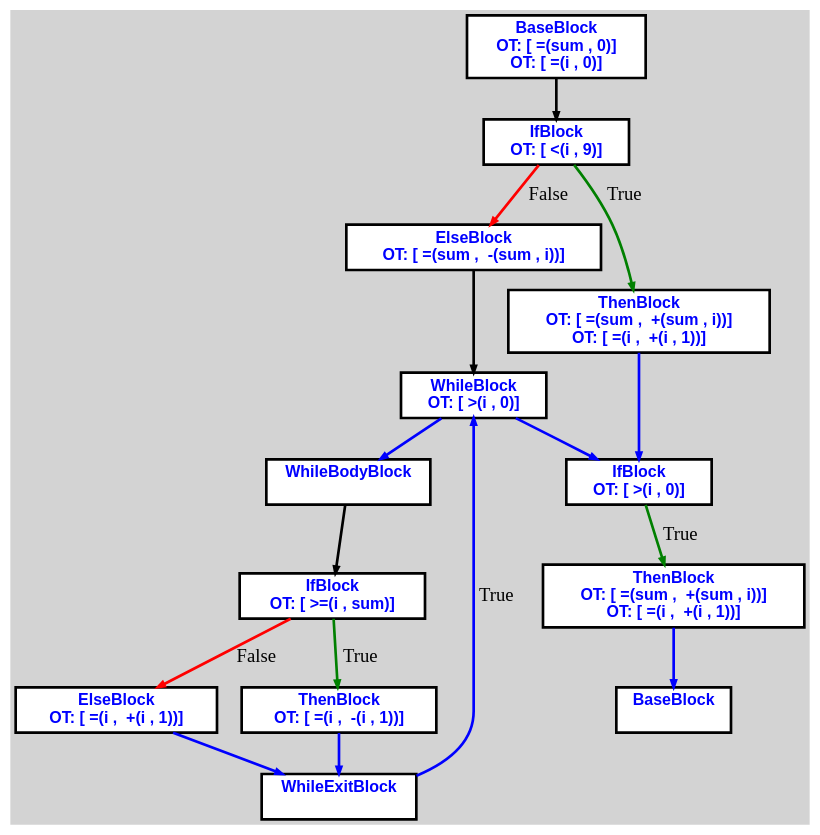
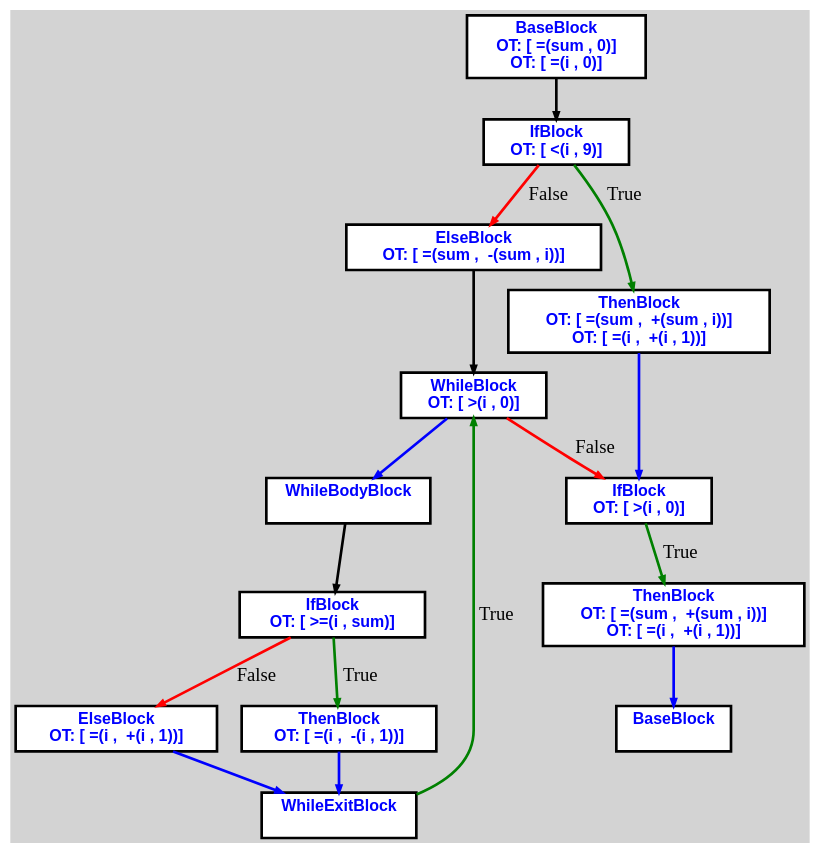
One commit to aveen007/CountingMonkeys changed the diagram in cpoCompilerWin/cfgi0.dot. Above: the diagram before and after it, drawn with Graphviz. The commit also changed 4 other files, not shown here.

```diff
--- a/cpoCompilerWin/cfgi0.dot
+++ b/cpoCompilerWin/cfgi0.dot
@@ -1,48 +1,48 @@
 digraph G {
 ordering=out;
 ranksep=.4;
 bgcolor="lightgrey";  node [shape=box, fixedsize=false, fontsize=12, fontname="Helvetica-bold", fontcolor="blue"
 width=.25, height=.25, color="black", fillcolor="white", style="filled, solid, bold"];
 
-edge [arrowsize=.5, color="black", style="bold"]    n000002A464740DE0 [label="BaseBlock\n OT: [ =(sum , 0)]
+edge [arrowsize=.5, color="black", style="bold"]    n000001F50CCC1070 [label="BaseBlock\n OT: [ =(sum , 0)]
 OT: [ =(i , 0)]
 "]
-    n000002A464740DE0 -> n000002A4647411D0
-    n000002A4647411D0 [label="IfBlock\n OT: [ <(i , 9)]
+    n000001F50CCC1070 -> n000001F50CCC0A50
+    n000001F50CCC0A50 [label="IfBlock\n OT: [ <(i , 9)]
 "]
-    n000002A4647411D0 -> n000002A4647410F0 [label="False" color="red"]
-    n000002A4647410F0 [label="ElseBlock\n OT: [ =(sum ,  -(sum , i))]
+    n000001F50CCC0A50 -> n000001F50CCC0CF0 [label="False" color="red"]
+    n000001F50CCC0CF0 [label="ElseBlock\n OT: [ =(sum ,  -(sum , i))]
 "]
-    n000002A4647410F0 -> n000002A464740830
-    n000002A464740830 [label="WhileBlock\n OT: [ >(i , 0)]
+    n000001F50CCC0CF0 -> n000001F50CCC0C10
+    n000001F50CCC0C10 [label="WhileBlock\n OT: [ >(i , 0)]
 "]
-    n000002A464740830 -> n000002A464740D00 [ color="blue"]
-    n000002A464740D00 [label="WhileBodyBlock\n "]
-    n000002A464740D00 -> n000002A464740F30
-    n000002A464740F30 [label="IfBlock\n OT: [ >=(i , sum)]
+    n000001F50CCC0C10 -> n000001F50CCC1150 [ color="blue"]
+    n000001F50CCC1150 [label="WhileBodyBlock\n "]
+    n000001F50CCC1150 -> n000001F50CCC1540
+    n000001F50CCC1540 [label="IfBlock\n OT: [ >=(i , sum)]
 "]
-    n000002A464740F30 -> n000002A464740BB0 [label="False" color="red"]
-    n000002A464740BB0 [label="ElseBlock\n OT: [ =(i ,  +(i , 1))]
+    n000001F50CCC1540 -> n000001F50CCC1310 [label="False" color="red"]
+    n000001F50CCC1310 [label="ElseBlock\n OT: [ =(i ,  +(i , 1))]
 "]
-    n000002A464740BB0 -> n000002A464741400 [ color="blue"]
-    n000002A464740F30 -> n000002A4647414E0 [label="True" color="green"]
-    n000002A4647414E0 [label="ThenBlock\n OT: [ =(i ,  -(i , 1))]
+    n000001F50CCC1310 -> n000001F50CCC15B0 [ color="blue"]
+    n000001F50CCC1540 -> n000001F50CCC12A0 [label="True" color="green"]
+    n000001F50CCC12A0 [label="ThenBlock\n OT: [ =(i ,  -(i , 1))]
 "]
-    n000002A4647414E0 -> n000002A464741400 [ color="blue"]
-    n000002A464741400 [label="WhileExitBlock\n "]
-    n000002A464741400 -> n000002A464740830 [label="True" color="blue"]
-    n000002A464740830 -> n000002A464741240 [ color="blue"]
-    n000002A4647411D0 -> n000002A464740C90 [label="True" color="green"]
-    n000002A464740C90 [label="ThenBlock\n OT: [ =(sum ,  +(sum , i))]
+    n000001F50CCC12A0 -> n000001F50CCC15B0 [ color="blue"]
+    n000001F50CCC15B0 [label="WhileExitBlock\n "]
+    n000001F50CCC15B0 -> n000001F50CCC0C10 [label="True" color="green"]
+    n000001F50CCC0C10 -> n000001F50CCC1000 [label="False" color="red"]
+    n000001F50CCC0A50 -> n000001F50CCC0BA0 [label="True" color="green"]
+    n000001F50CCC0BA0 [label="ThenBlock\n OT: [ =(sum ,  +(sum , i))]
 OT: [ =(i ,  +(i , 1))]
 "]
-    n000002A464740C90 -> n000002A464741240 [ color="blue"]
-    n000002A464741240 [label="IfBlock\n OT: [ >(i , 0)]
+    n000001F50CCC0BA0 -> n000001F50CCC1000 [ color="blue"]
+    n000001F50CCC1000 [label="IfBlock\n OT: [ >(i , 0)]
 "]
-    n000002A464741240 -> n000002A464741390 [label="True" color="green"]
-    n000002A464741390 [label="ThenBlock\n OT: [ =(sum ,  +(sum , i))]
+    n000001F50CCC1000 -> n000001F50CCC0C80 [label="True" color="green"]
+    n000001F50CCC0C80 [label="ThenBlock\n OT: [ =(sum ,  +(sum , i))]
 OT: [ =(i ,  +(i , 1))]
 "]
-    n000002A464741390 -> n000002A464741550 [ color="blue"]
-    n000002A464741550 [label="BaseBlock\n "]
+    n000001F50CCC0C80 -> n000001F50CCC09E0 [ color="blue"]
+    n000001F50CCC09E0 [label="BaseBlock\n "]
 }
```
